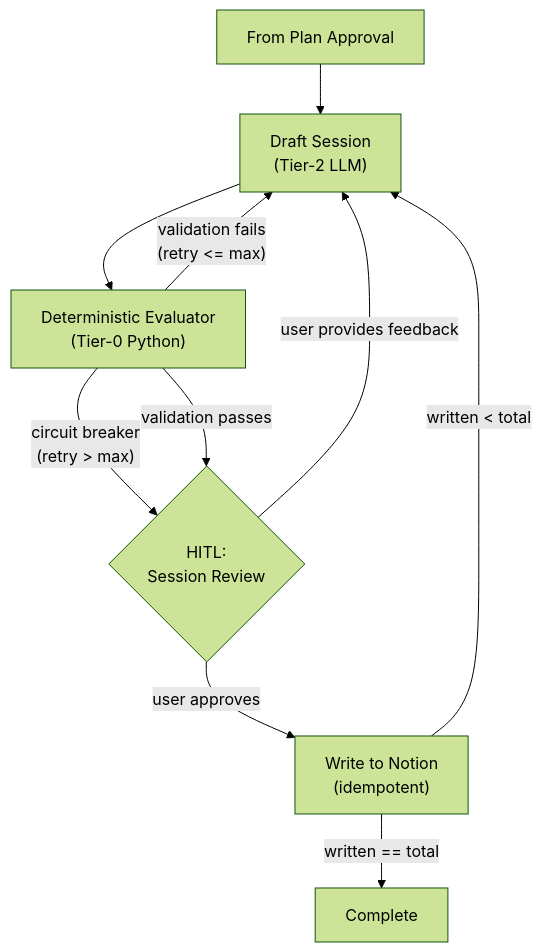
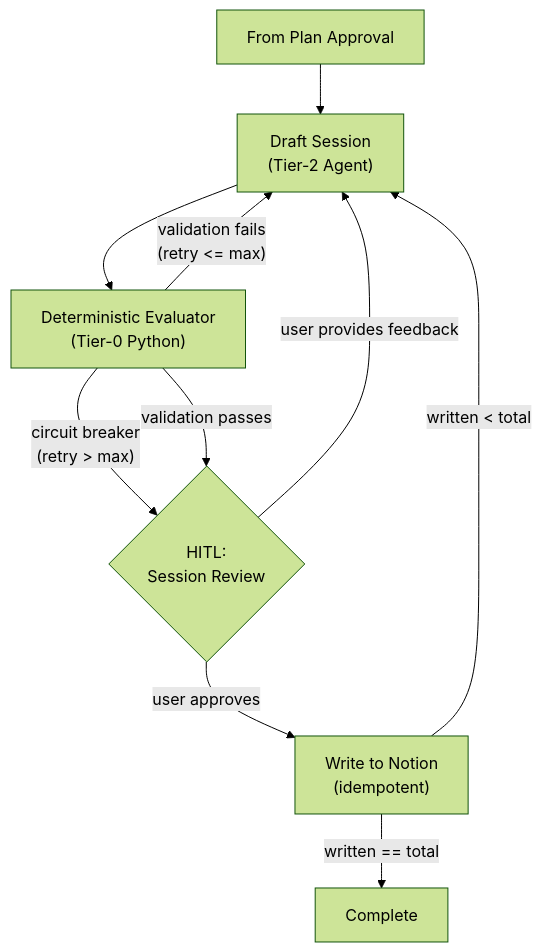
The diagram in specs/steps/step-3-generation.md (faolitarna/weekforge), drawn with Mermaid (forest theme) before and after one commit. The commit also changed other lines of this file and 21 other files, not shown here.

````diff
--- a/specs/steps/step-3-generation.md
+++ b/specs/steps/step-3-generation.md
@@ -28,12 +29,12 @@
 ```mermaid
 graph TD
-    E["From Plan Approval"] --> F["Draft Session\n(Tier-2 LLM)"]
+    E["From Plan Approval"] --> F["Draft Session\n(Tier-2 Agent)"]
     F --> G["Deterministic Evaluator\n(Tier-0 Python)"]
     G -->|"validation fails\n(retry <= max)"| F
     G -->|"circuit breaker\n(retry > max)"| H
     G -->|"validation passes"| H{"HITL:\nSession Review"}
     H -->|"user provides feedback"| F
     H -->|"user approves"| I["Write to Notion\n(idempotent)"]
     I -->|"written < total"| F
     I -->|"written == total"| J["Complete"]
 ```
````
